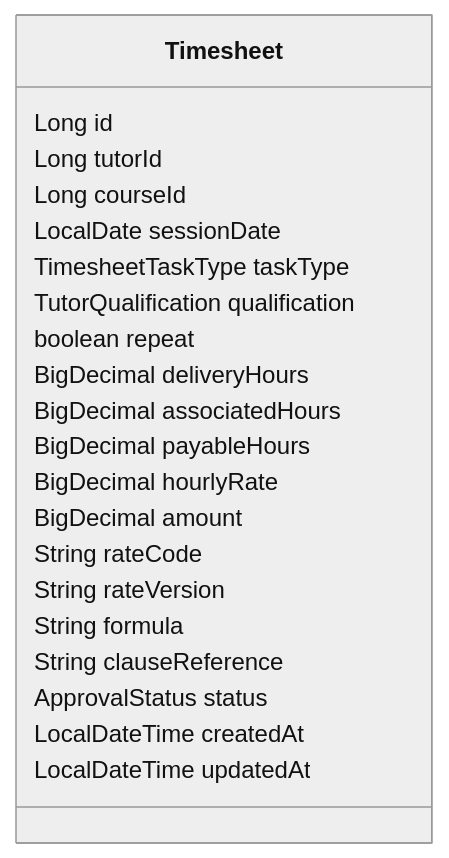
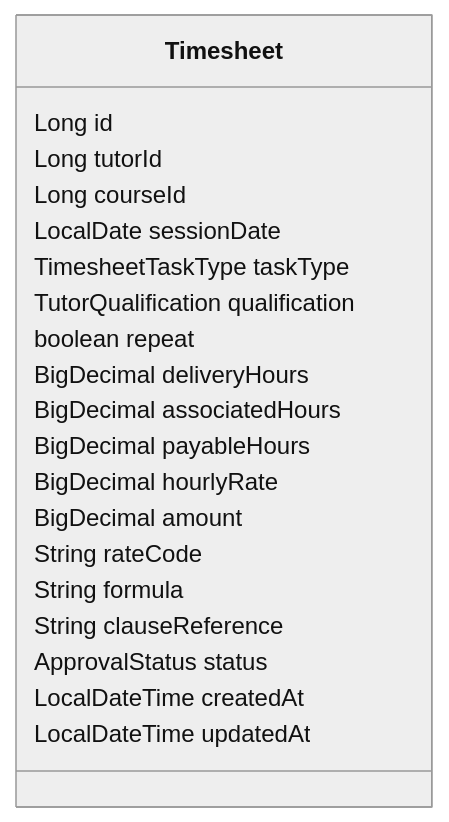
The second of 2 diagrams in docs/architecture/overview.md (Jackela/Casual-Academic-Time-Allocation-Management-System), drawn with Mermaid (neutral theme) before and after one commit. The commit also changed other lines of this file and 45 other files, not shown here.

````diff
--- a/docs/architecture/overview.md
+++ b/docs/architecture/overview.md
@@ -40,24 +40,23 @@
 ```mermaid
 classDiagram
     class Timesheet {
         Long id
         Long tutorId
         Long courseId
         LocalDate sessionDate
         TimesheetTaskType taskType
         TutorQualification qualification
         boolean repeat
         BigDecimal deliveryHours
         BigDecimal associatedHours
         BigDecimal payableHours
         BigDecimal hourlyRate
         BigDecimal amount
         String rateCode
-        String rateVersion
         String formula
         String clauseReference
         ApprovalStatus status
         LocalDateTime createdAt
         LocalDateTime updatedAt
     }
 ```
````
